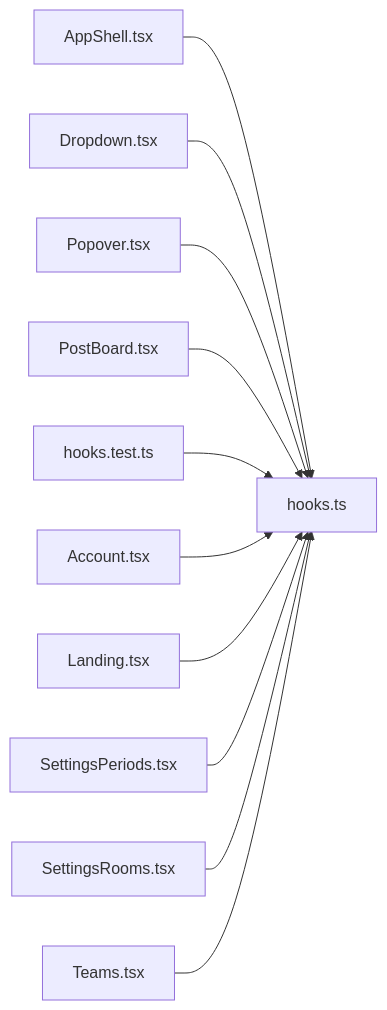
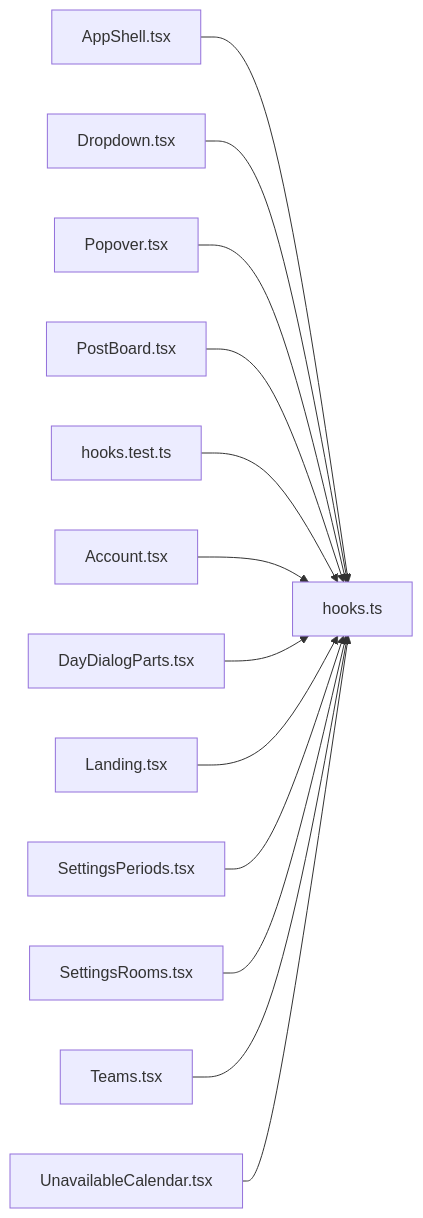
Before and after one commit to minkong-dev/Banblit: the diagram in .cluedoc/graph/frontend/src/components/hooks.md, drawn with Mermaid. The commit also changed other lines of this file and 49 other files, not shown here.

First line of the commit message:
frontend: move queryKeys, server calls and screen hooks to queries, pipeline and per-screen hooks

````diff
--- a/.cluedoc/graph/frontend/src/components/hooks.md
+++ b/.cluedoc/graph/frontend/src/components/hooks.md
@@ -10,14 +10,16 @@
 ```mermaid
 flowchart LR
   frontend_src_components_hooks["hooks.ts"]
   frontend_src_components_AppShell["AppShell.tsx"] --> frontend_src_components_hooks
   frontend_src_components_Dropdown["Dropdown.tsx"] --> frontend_src_components_hooks
   frontend_src_components_Popover["Popover.tsx"] --> frontend_src_components_hooks
   frontend_src_components_PostBoard["PostBoard.tsx"] --> frontend_src_components_hooks
   frontend_src_components_hooks_test["hooks.test.ts"] --> frontend_src_components_hooks
   frontend_src_routes_Account["Account.tsx"] --> frontend_src_components_hooks
+  frontend_src_routes_DayDialogParts["DayDialogParts.tsx"] --> frontend_src_components_hooks
   frontend_src_routes_Landing["Landing.tsx"] --> frontend_src_components_hooks
   frontend_src_routes_SettingsPeriods["SettingsPeriods.tsx"] --> frontend_src_components_hooks
   frontend_src_routes_SettingsRooms["SettingsRooms.tsx"] --> frontend_src_components_hooks
   frontend_src_routes_Teams["Teams.tsx"] --> frontend_src_components_hooks
+  frontend_src_routes_UnavailableCalendar["UnavailableCalendar.tsx"] --> frontend_src_components_hooks
 ```
````
